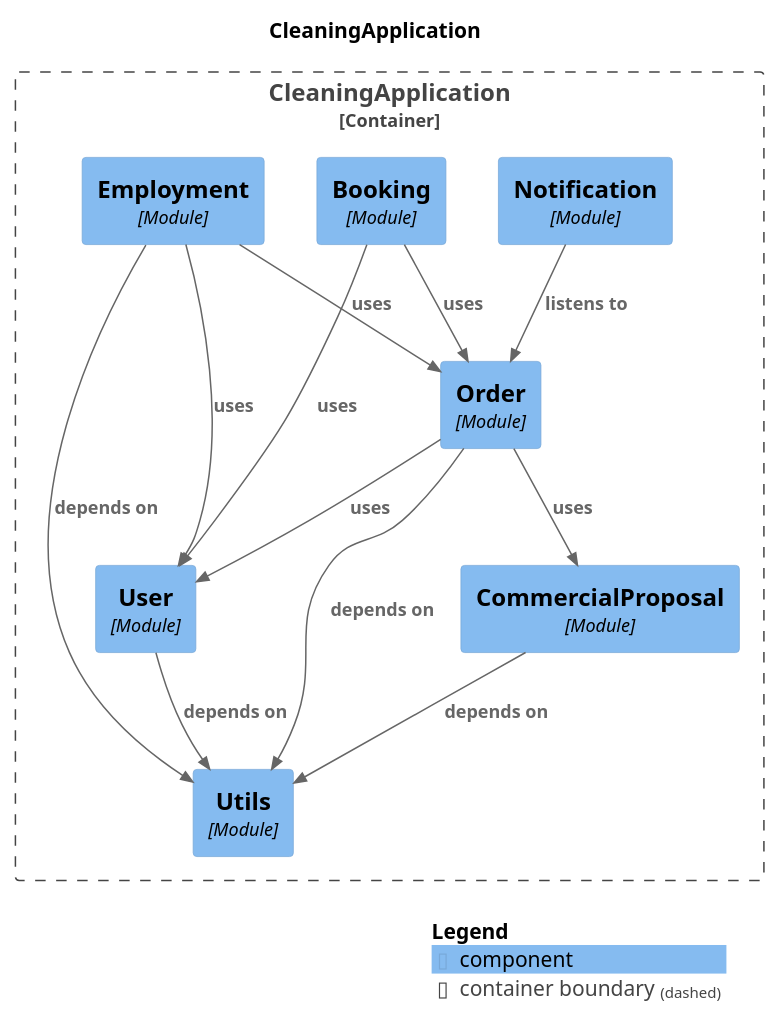
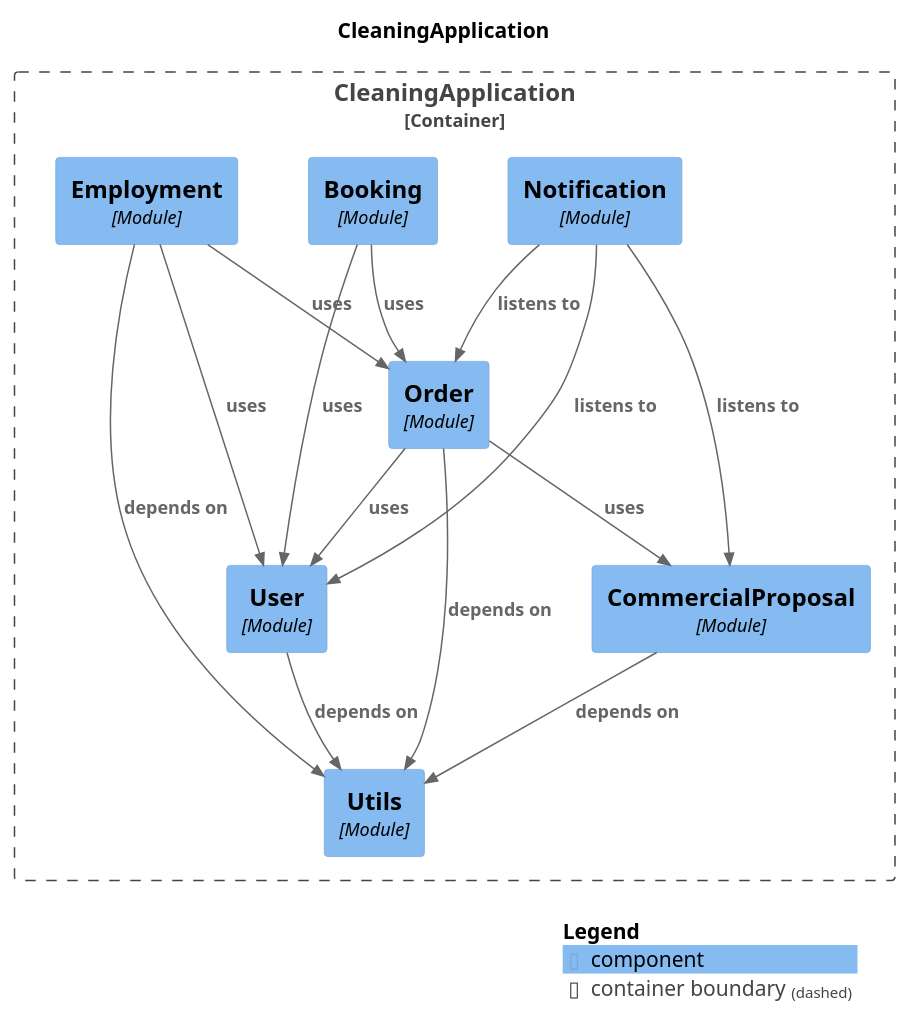
One commit to Born2Flex/cleaning changed the diagram in documentation/components.puml. Above: the diagram before and after it, drawn with PlantUML. The commit also changed 3 other files, not shown here.

```diff
--- a/documentation/components.puml
+++ b/documentation/components.puml
@@ -1,34 +1,36 @@
 @startuml
 set separator none
 title CleaningApplication
 
 top to bottom direction
 
 !include <C4/C4>
 !include <C4/C4_Context>
 !include <C4/C4_Component>
 
 Container_Boundary("CleaningApplication.CleaningApplication_boundary", "CleaningApplication", $tags="") {
   Component(CleaningApplication.CleaningApplication.Notification, "Notification", $techn="Module", $descr="", $tags="", $link="")
   Component(CleaningApplication.CleaningApplication.Booking, "Booking", $techn="Module", $descr="", $tags="", $link="")
   Component(CleaningApplication.CleaningApplication.Utils, "Utils", $techn="Module", $descr="", $tags="", $link="")
   Component(CleaningApplication.CleaningApplication.Employment, "Employment", $techn="Module", $descr="", $tags="", $link="")
   Component(CleaningApplication.CleaningApplication.User, "User", $techn="Module", $descr="", $tags="", $link="")
   Component(CleaningApplication.CleaningApplication.CommercialProposal, "CommercialProposal", $techn="Module", $descr="", $tags="", $link="")
   Component(CleaningApplication.CleaningApplication.Order, "Order", $techn="Module", $descr="", $tags="", $link="")
 }
 
+Rel(CleaningApplication.CleaningApplication.User, CleaningApplication.CleaningApplication.Utils, "depends on", $techn="", $tags="", $link="")
+Rel(CleaningApplication.CleaningApplication.CommercialProposal, CleaningApplication.CleaningApplication.Utils, "depends on", $techn="", $tags="", $link="")
 Rel(CleaningApplication.CleaningApplication.Order, CleaningApplication.CleaningApplication.Utils, "depends on", $techn="", $tags="", $link="")
 Rel(CleaningApplication.CleaningApplication.Order, CleaningApplication.CleaningApplication.User, "uses", $techn="", $tags="", $link="")
 Rel(CleaningApplication.CleaningApplication.Order, CleaningApplication.CleaningApplication.CommercialProposal, "uses", $techn="", $tags="", $link="")
+Rel(CleaningApplication.CleaningApplication.Notification, CleaningApplication.CleaningApplication.User, "listens to", $techn="", $tags="", $link="")
+Rel(CleaningApplication.CleaningApplication.Notification, CleaningApplication.CleaningApplication.CommercialProposal, "listens to", $techn="", $tags="", $link="")
+Rel(CleaningApplication.CleaningApplication.Notification, CleaningApplication.CleaningApplication.Order, "listens to", $techn="", $tags="", $link="")
 Rel(CleaningApplication.CleaningApplication.Booking, CleaningApplication.CleaningApplication.Order, "uses", $techn="", $tags="", $link="")
 Rel(CleaningApplication.CleaningApplication.Booking, CleaningApplication.CleaningApplication.User, "uses", $techn="", $tags="", $link="")
-Rel(CleaningApplication.CleaningApplication.CommercialProposal, CleaningApplication.CleaningApplication.Utils, "depends on", $techn="", $tags="", $link="")
 Rel(CleaningApplication.CleaningApplication.Employment, CleaningApplication.CleaningApplication.Utils, "depends on", $techn="", $tags="", $link="")
 Rel(CleaningApplication.CleaningApplication.Employment, CleaningApplication.CleaningApplication.User, "uses", $techn="", $tags="", $link="")
 Rel(CleaningApplication.CleaningApplication.Employment, CleaningApplication.CleaningApplication.Order, "uses", $techn="", $tags="", $link="")
-Rel(CleaningApplication.CleaningApplication.Notification, CleaningApplication.CleaningApplication.Order, "listens to", $techn="", $tags="", $link="")
-Rel(CleaningApplication.CleaningApplication.User, CleaningApplication.CleaningApplication.Utils, "depends on", $techn="", $tags="", $link="")
 
 SHOW_LEGEND(true)
 @enduml
```
